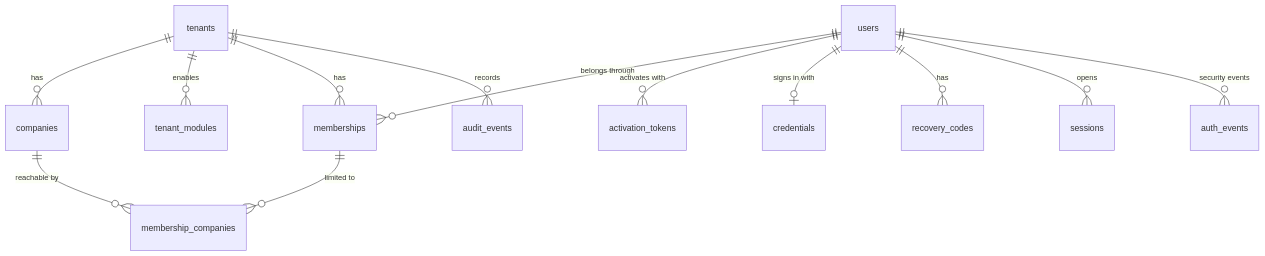
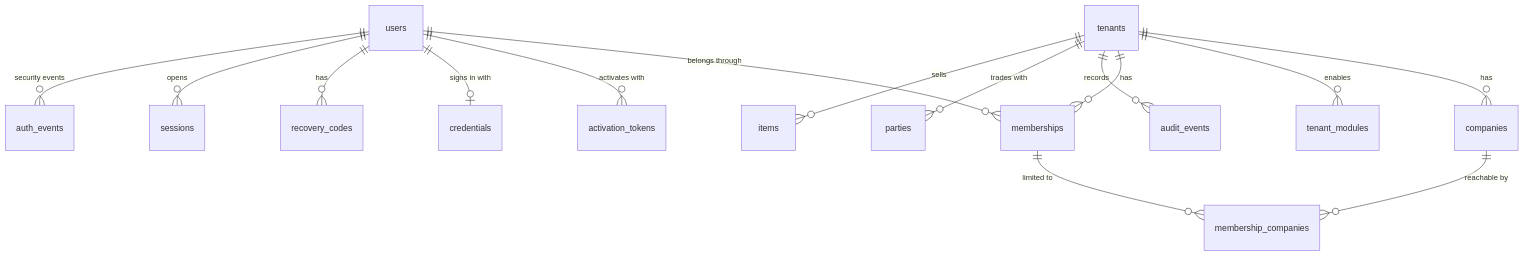
Before and after one commit to MicheleG14/mercurio: the third of 6 diagrams in docs/architecture.md, drawn with Mermaid. The commit also changed other lines of this file and 10 other files, not shown here.

````diff
--- a/docs/architecture.md
+++ b/docs/architecture.md
@@ -89,15 +89,17 @@
 ```mermaid
 erDiagram
     tenants ||--o{ companies : has
     tenants ||--o{ tenant_modules : enables
     tenants ||--o{ memberships : has
     users ||--o{ memberships : "belongs through"
     memberships ||--o{ membership_companies : "limited to"
     companies ||--o{ membership_companies : "reachable by"
     users ||--o{ activation_tokens : "activates with"
     users ||--o| credentials : "signs in with"
     users ||--o{ recovery_codes : has
     users ||--o{ sessions : opens
     users ||--o{ auth_events : "security events"
     tenants ||--o{ audit_events : records
+    tenants ||--o{ parties : "trades with"
+    tenants ||--o{ items : sells
 ```
````
